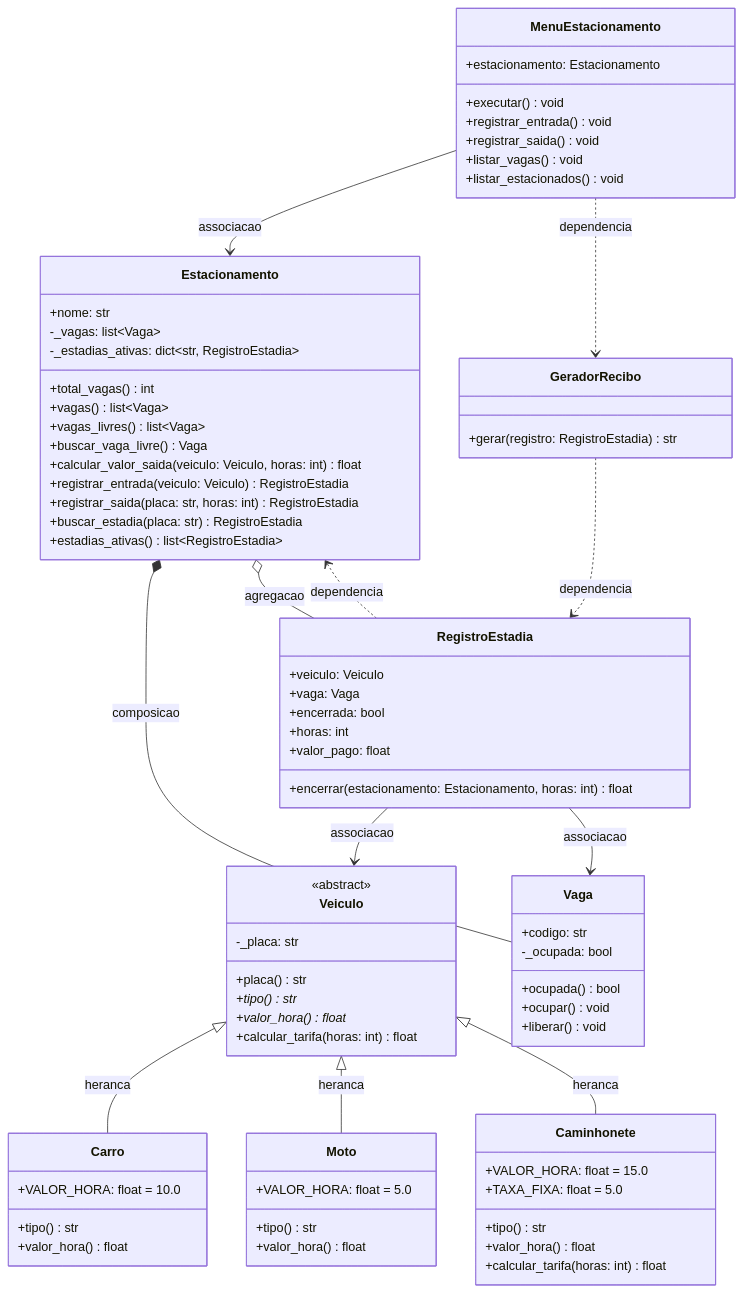
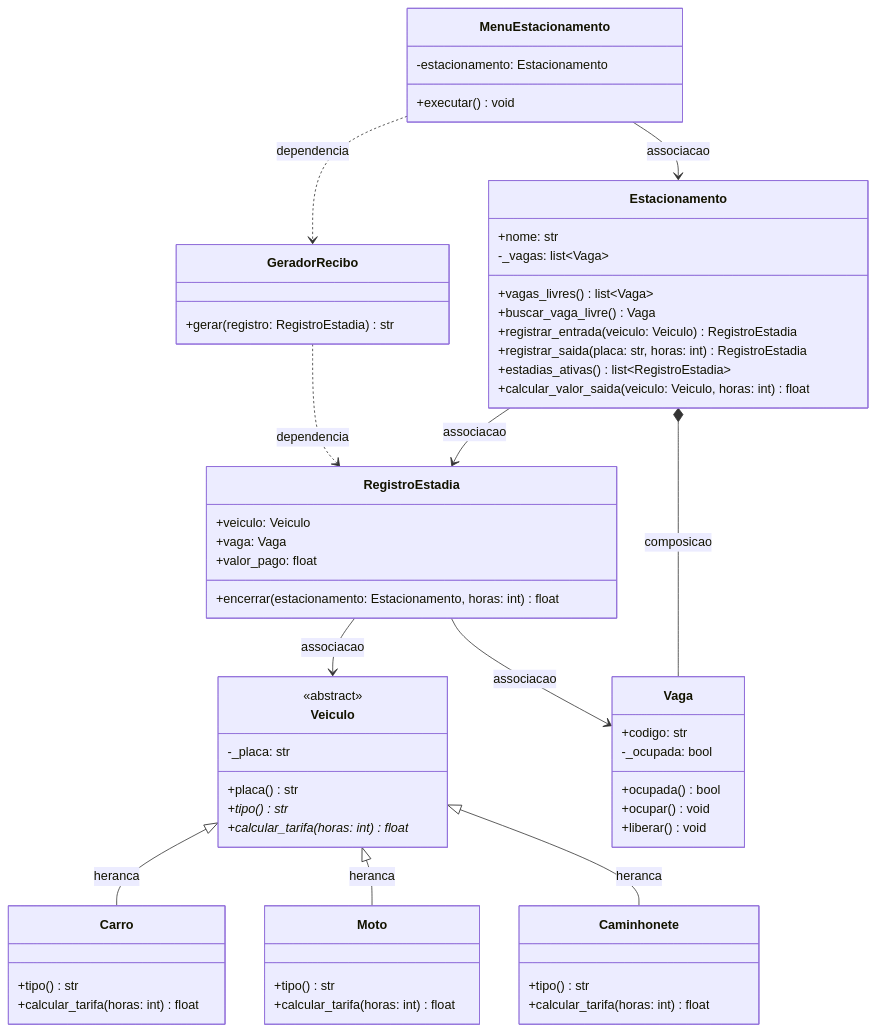
The diagram in docs/uml.mmd (arthurr-casttro/desktop-app), drawn with Mermaid before and after one commit. The commit also changed 2 other files, not shown here.

Commit message:
atualização uml

```diff
--- a/docs/uml.mmd
+++ b/docs/uml.mmd
@@ -1,86 +1,69 @@
 classDiagram
     class Veiculo {
         <<abstract>>
         -_placa: str
         +placa() str
         +tipo()* str
-        +valor_hora()* float
+        +calcular_tarifa(horas: int)* float
+    }
+
+    class Carro {
+        +tipo() str
         +calcular_tarifa(horas: int) float
     }
 
-    class Carro {
-        +VALOR_HORA: float = 10.0
+    class Moto {
         +tipo() str
-        +valor_hora() float
-    }
-
-    class Moto {
-        +VALOR_HORA: float = 5.0
-        +tipo() str
-        +valor_hora() float
+        +calcular_tarifa(horas: int) float
     }
 
     class Caminhonete {
-        +VALOR_HORA: float = 15.0
-        +TAXA_FIXA: float = 5.0
         +tipo() str
-        +valor_hora() float
         +calcular_tarifa(horas: int) float
     }
 
     class Vaga {
         +codigo: str
         -_ocupada: bool
         +ocupada() bool
         +ocupar() void
         +liberar() void
     }
 
     class Estacionamento {
         +nome: str
         -_vagas: list~Vaga~
-        -_estadias_ativas: dict~str, RegistroEstadia~
-        +total_vagas() int
-        +vagas() list~Vaga~
         +vagas_livres() list~Vaga~
         +buscar_vaga_livre() Vaga
-        +calcular_valor_saida(veiculo: Veiculo, horas: int) float
         +registrar_entrada(veiculo: Veiculo) RegistroEstadia
         +registrar_saida(placa: str, horas: int) RegistroEstadia
-        +buscar_estadia(placa: str) RegistroEstadia
         +estadias_ativas() list~RegistroEstadia~
+        +calcular_valor_saida(veiculo: Veiculo, horas: int) float
     }
 
     class RegistroEstadia {
         +veiculo: Veiculo
         +vaga: Vaga
-        +encerrada: bool
-        +horas: int
         +valor_pago: float
         +encerrar(estacionamento: Estacionamento, horas: int) float
     }
 
     class GeradorRecibo {
         +gerar(registro: RegistroEstadia) str
     }
 
     class MenuEstacionamento {
-        +estacionamento: Estacionamento
+        -estacionamento: Estacionamento
         +executar() void
-        +registrar_entrada() void
-        +registrar_saida() void
-        +listar_vagas() void
-        +listar_estacionados() void
     }
 
     Veiculo <|-- Carro : heranca
     Veiculo <|-- Moto : heranca
     Veiculo <|-- Caminhonete : heranca
     Estacionamento *-- Vaga : composicao
-    Estacionamento o-- RegistroEstadia : agregacao
+    Estacionamento --> RegistroEstadia : associacao
     RegistroEstadia --> Veiculo : associacao
     RegistroEstadia --> Vaga : associacao
-    RegistroEstadia ..> Estacionamento : dependencia
     GeradorRecibo ..> RegistroEstadia : dependencia
     MenuEstacionamento --> Estacionamento : associacao
     MenuEstacionamento ..> GeradorRecibo : dependencia
```
